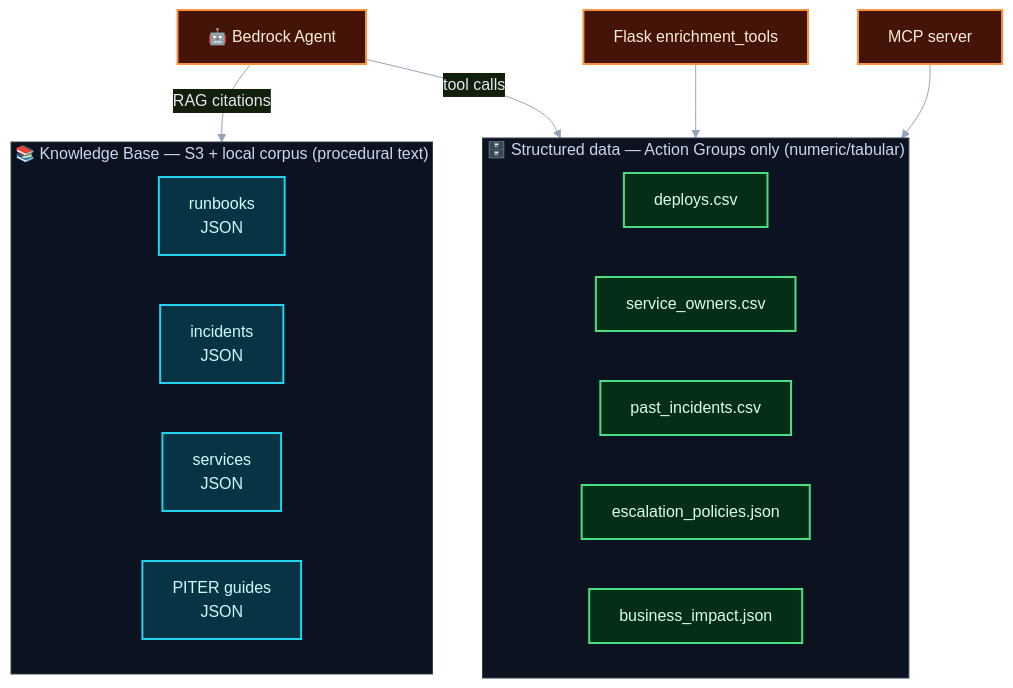
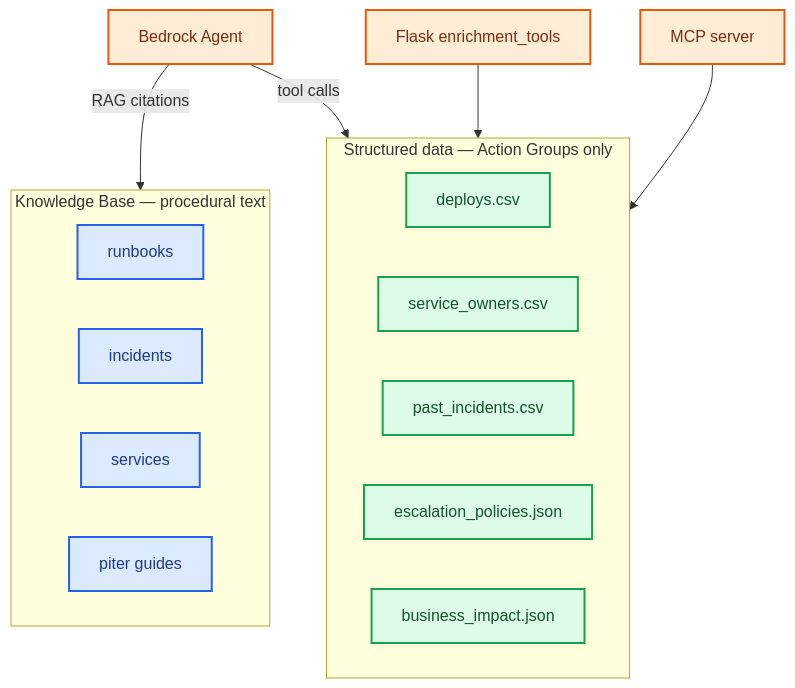
The third of 5 diagrams in projects/piter-aiops/README.md (reem-mor/ai-engineering-portfolio), drawn with Mermaid before and after one commit. The commit also changed other lines of this file and 1 other file, not shown here.

````diff
--- a/projects/piter-aiops/README.md
+++ b/projects/piter-aiops/README.md
@@ -302,28 +218,27 @@
 ```mermaid
-%%{init: {'theme':'base','themeVariables':{'primaryColor':'#0b1220','primaryTextColor':'#e2e8f0','primaryBorderColor':'#22d3ee','lineColor':'#94a3b8','clusterBkg':'#0b1220','clusterBorder':'#334155'}}}%%
 flowchart TB
-  subgraph kb ["📚 Knowledge Base — S3 + local corpus (procedural text)"]
-    RB["runbooks<br/>JSON"]
-    INC["incidents<br/>JSON"]
-    SVC["services<br/>JSON"]
-    PITER["PITER guides<br/>JSON"]
+  subgraph kb [Knowledge Base — procedural text]
+    RB[runbooks]
+    INC[incidents]
+    SVC[services]
+    PITER[piter guides]
   end
-  subgraph structured ["🗄️ Structured data — Action Groups only (numeric/tabular)"]
-    DEP["deploys.csv"]
-    OWN["service_owners.csv"]
-    PAST["past_incidents.csv"]
-    ESC["escalation_policies.json"]
-    BI["business_impact.json"]
+  subgraph structured [Structured data — Action Groups only]
+    DEP[deploys.csv]
+    OWN[service_owners.csv]
+    PAST[past_incidents.csv]
+    ESC[escalation_policies.json]
+    BI[business_impact.json]
   end
-  Agent["🤖 Bedrock Agent"] -->|"RAG citations"| kb
-  Agent -->|"tool calls"| structured
-  Flask["Flask enrichment_tools"] --> structured
-  MCP["MCP server"] --> structured
+  Agent[Bedrock Agent] -->|RAG citations| kb
+  Agent -->|tool calls| structured
+  Flask[Flask enrichment_tools] --> structured
+  MCP[MCP server] --> structured
 
-  classDef kbStyle fill:#083344,stroke:#22d3ee,stroke-width:2px,color:#cffafe
-  classDef structStyle fill:#052e16,stroke:#4ade80,stroke-width:2px,color:#dcfce7
-  classDef hubStyle fill:#431407,stroke:#fb923c,stroke-width:2px,color:#ffedd5
+  classDef kbStyle fill:#dbeafe,stroke:#2563eb,stroke-width:2px,color:#1e3a8a
+  classDef structStyle fill:#dcfce7,stroke:#16a34a,stroke-width:2px,color:#14532d
+  classDef hubStyle fill:#ffedd5,stroke:#ea580c,stroke-width:2px,color:#7c2d12
   class RB,INC,SVC,PITER kbStyle
   class DEP,OWN,PAST,ESC,BI structStyle
   class Agent,Flask,MCP hubStyle
 ```
````
